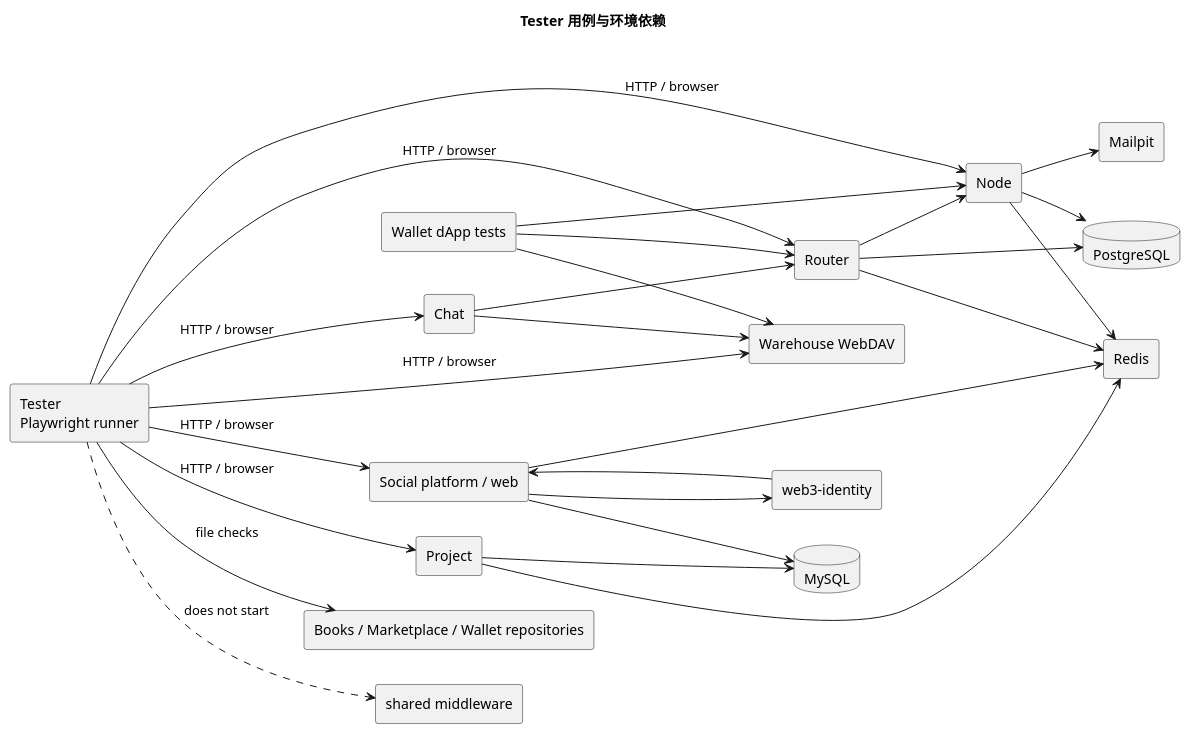
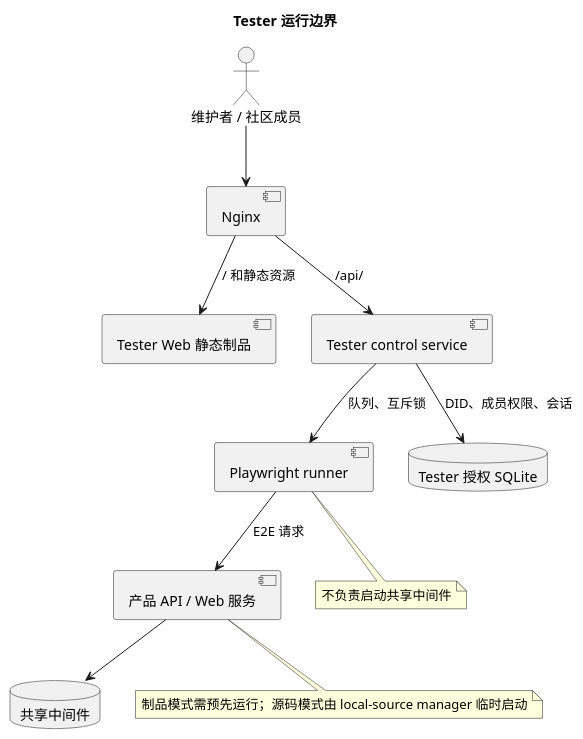
Before and after one commit to liuppx/tester: the diagram in docs/test-machine-architecture.md, drawn with PlantUML. The commit also changed other lines of this file and 11 other files, not shown here.

Commit message:
docs(tester): refresh architecture and test environment guide

````diff
--- a/docs/test-machine-architecture.md
+++ b/docs/test-machine-architecture.md
@@ -65,48 +20,22 @@
 ```plantuml
 @startuml
-title Tester 用例与环境依赖
-left to right direction
-skinparam componentStyle rectangle
-component "Tester\nPlaywright runner" as Tester
-component "Node" as Node
-component "Router" as Router
-component "Chat" as Chat
-component "Wallet dApp tests" as Wallet
-component "Social platform / web" as Social
-component "web3-identity" as Identity
-component "Project" as Project
-component "Warehouse WebDAV" as Warehouse
-database "PostgreSQL" as PG
-database "MySQL" as MySQL
-component "Redis" as Redis
-component "Mailpit" as Mailpit
-component "Books / Marketplace / Wallet repositories" as Repo
-component "shared middleware" as Middleware
-
-Tester --> Node : HTTP / browser
-Tester --> Router : HTTP / browser
-Tester --> Chat : HTTP / browser
-Tester --> Social : HTTP / browser
-Tester --> Project : HTTP / browser
-Tester --> Warehouse : HTTP / browser
-Tester --> Repo : file checks
-Tester ..> Middleware : does not start
-Node --> PG
-Node --> Redis
-Node --> Mailpit
-Router --> PG
-Router --> Redis
-Router --> Node
-Chat --> Router
-Chat --> Warehouse
-Wallet --> Node
-Wallet --> Router
-Wallet --> Warehouse
-Social --> Identity
-Identity --> Social
-Social --> MySQL
-Social --> Redis
-Project --> MySQL
-Project --> Redis
+title Tester 运行边界
+actor "维护者 / 社区成员" as User
+component "Nginx" as Nginx
+component "Tester Web 静态制品" as Web
+component "Tester control service" as Control
+component "Playwright runner" as Runner
+component "产品 API / Web 服务" as Products
+database "共享中间件" as Middleware
+database "Tester 授权 SQLite" as AuthDB
+User --> Nginx
+Nginx --> Web : / 和静态资源
+Nginx --> Control : /api/
+Control --> AuthDB : DID、成员权限、会话
+Control --> Runner : 队列、互斥锁
+Runner --> Products : E2E 请求
+Products --> Middleware
+note bottom of Runner : 不负责启动共享中间件
+note bottom of Products : 制品模式需预先运行；源码模式由 local-source manager 临时启动
 @enduml
 ```
````
